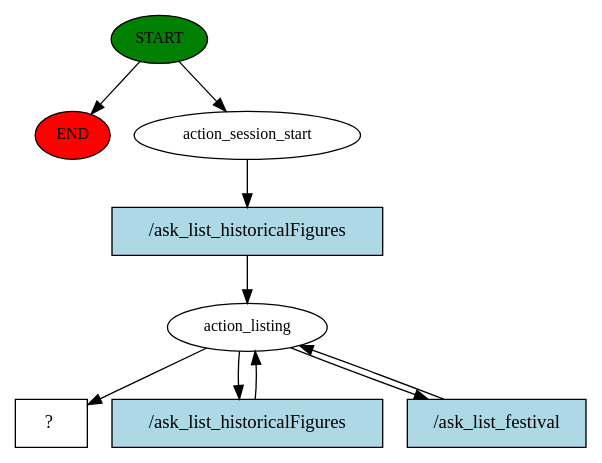
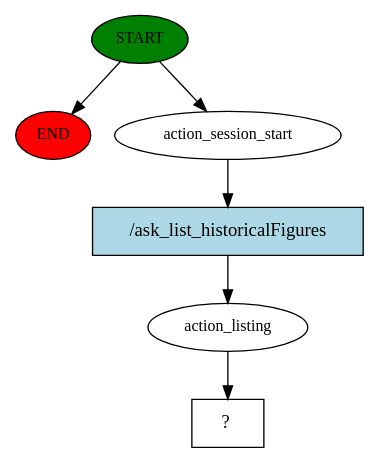
Before and after one commit to nguyenbahoang02/Semantic-web: the diagram in Rasa/story_graph.dot, drawn with Graphviz. The commit also changed 67 other files, not shown here.

```diff
--- a/Rasa/story_graph.dot
+++ b/Rasa/story_graph.dot
@@ -1,19 +1,13 @@
 digraph  {
 0 [class="start active", fillcolor=green, fontsize=12, label=START, style=filled];
 "-1" [class=end, fillcolor=red, fontsize=12, label=END, style=filled];
 1 [class=active, fontsize=12, label=action_session_start];
 2 [class=active, fontsize=12, label=action_listing];
-8 [class="intent dashed active", label="  ?  ", shape=rect];
-9 [class="intent active", fillcolor=lightblue, label="/ask_list_historicalFigures", shape=rect, style=filled];
-10 [class="intent active", fillcolor=lightblue, label="/ask_list_historicalFigures", shape=rect, style=filled];
-11 [class="intent active", fillcolor=lightblue, label="/ask_list_festival", shape=rect, style=filled];
+3 [class="intent dashed active", label="  ?  ", shape=rect];
+4 [class="intent active", fillcolor=lightblue, label="/ask_list_historicalFigures", shape=rect, style=filled];
 0 -> "-1"  [class="", key=NONE, label=""];
 0 -> 1  [class=active, key=NONE, label=""];
-1 -> 9  [class=active, key=0];
-2 -> 8  [class=active, key=NONE, label=""];
-2 -> 10  [class=active, key=0];
-2 -> 11  [class=active, key=0];
-9 -> 2  [class=active, key=0];
-10 -> 2  [class=active, key=0];
-11 -> 2  [class=active, key=0];
+1 -> 4  [class=active, key=0];
+2 -> 3  [class=active, key=NONE, label=""];
+4 -> 2  [class=active, key=0];
 }
```
